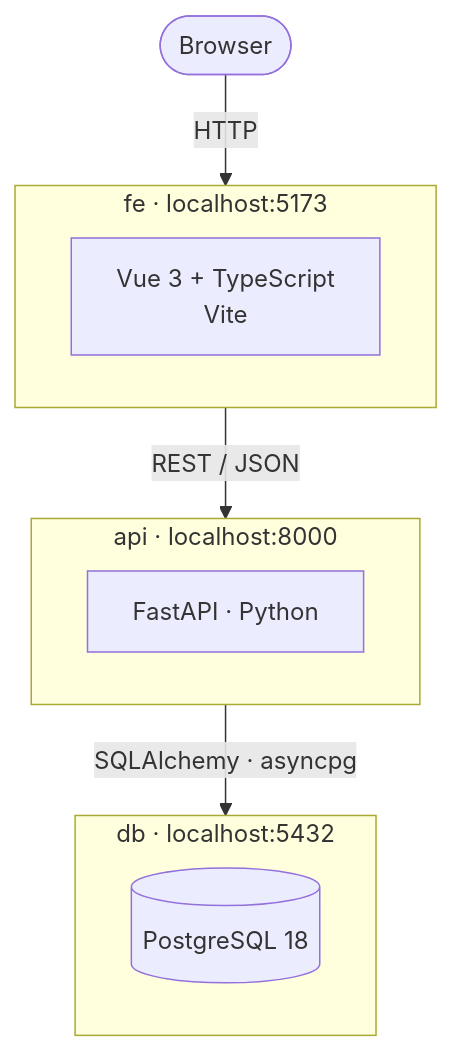
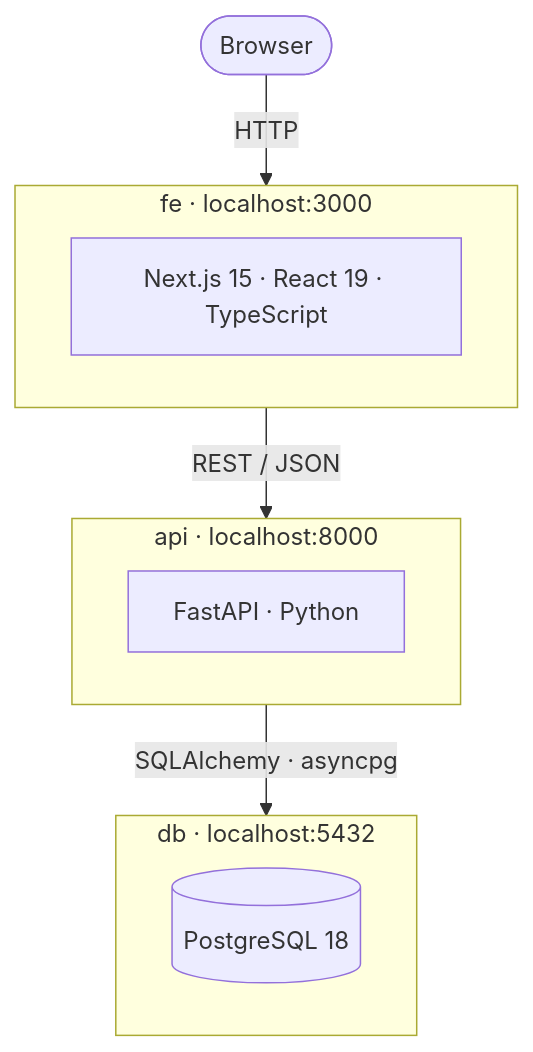
Before and after one commit to RimeLab/project_alpha: the diagram in README.md, drawn with Mermaid. The commit also changed other lines of this file and 37 other files, not shown here.

````diff
--- a/README.md
+++ b/README.md
@@ -10,20 +10,20 @@
 ```mermaid
 flowchart TD
     Browser(["Browser"])
 
-    subgraph fe["fe · localhost:5173"]
-        FE["Vue 3 + TypeScript\nVite"]
+    subgraph fe["fe · localhost:3000"]
+        FE["Next.js 15 · React 19 · TypeScript"]
     end
 
     subgraph api["api · localhost:8000"]
         API["FastAPI · Python"]
     end
 
     subgraph db["db · localhost:5432"]
         DB[("PostgreSQL 18")]
     end
 
     Browser -->|HTTP| fe
     fe -->|REST / JSON| api
     api -->|SQLAlchemy · asyncpg| db
 ```
````
